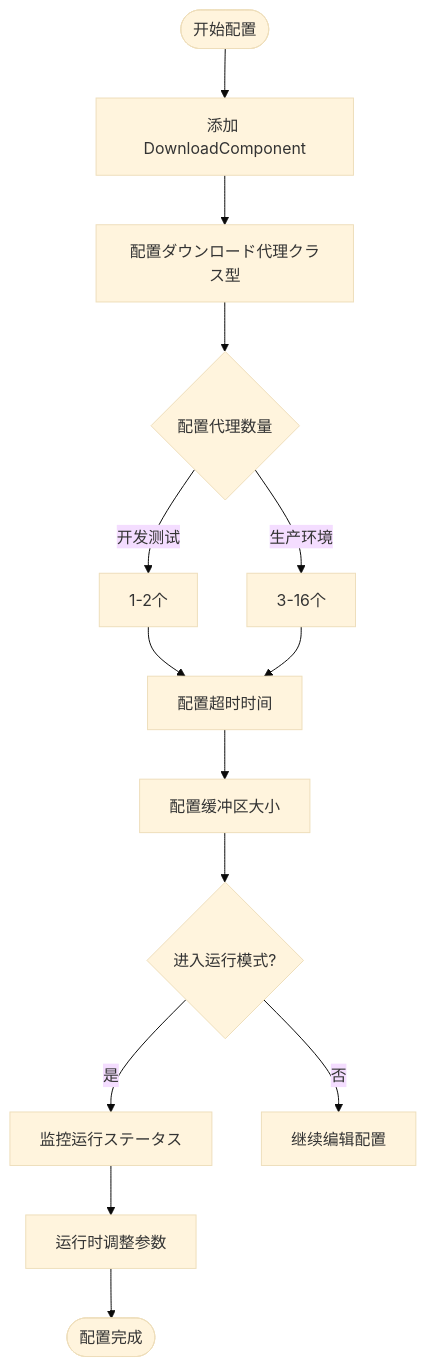
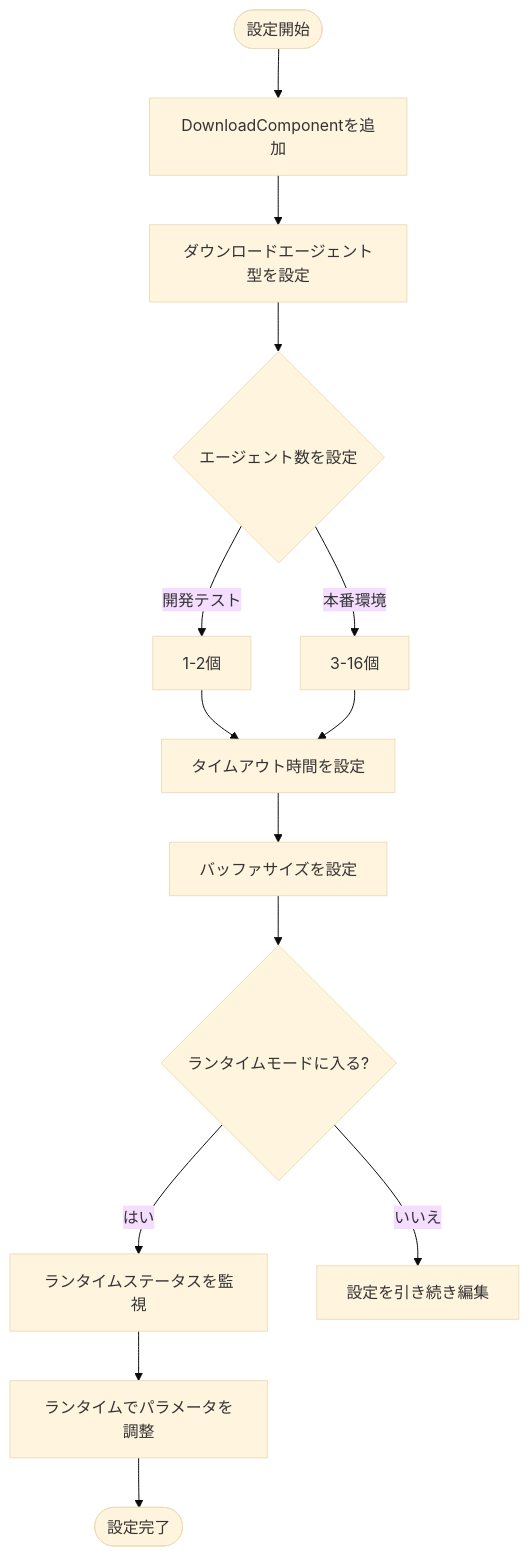
One commit to AlianBlank/GameFrameX.Docs changed the second of 2 diagrams in docs/ja/client/unity/component/download/07.editor-configuration.md. Above: the diagram before and after it, drawn with Mermaid (base theme). The commit also changed other lines of this file and 320 other files, not shown here.

````diff
--- a/docs/ja/client/unity/component/download/07.editor-configuration.md
+++ b/docs/ja/client/unity/component/download/07.editor-configuration.md
@@ -282,16 +282,16 @@
 ```mermaid
 flowchart TD
-    Start([开始配置]) --> AddComponent[添加 DownloadComponent]
-    AddComponent --> ConfigAgent[配置ダウンロード代理クラス型]
-    ConfigAgent --> ConfigCount{配置代理数量}
-    ConfigCount -->|开发测试| Low[1-2个]
-    ConfigCount -->|生产环境| High[3-16个]
-    Low --> ConfigTimeout[配置超时时间]
+    Start([設定開始]) --> AddComponent[DownloadComponentを追加]
+    AddComponent --> ConfigAgent[ダウンロードエージェント型を設定]
+    ConfigAgent --> ConfigCount{エージェント数を設定}
+    ConfigCount -->|開発テスト| Low[1-2個]
+    ConfigCount -->|本番環境| High[3-16個]
+    Low --> ConfigTimeout[タイムアウト時間を設定]
     High --> ConfigTimeout
-    ConfigTimeout --> ConfigFlush[配置缓冲区大小]
-    ConfigFlush --> PlayMode{进入运行模式?}
-    PlayMode -->|是| Monitor[监控运行ステータス]
-    PlayMode -->|否| EditMode[继续编辑配置]
-    Monitor --> Adjust[运行时调整参数]
-    Adjust --> Complete([配置完成])
+    ConfigTimeout --> ConfigFlush[バッファサイズを設定]
+    ConfigFlush --> PlayMode{ランタイムモードに入る?}
+    PlayMode -->|はい| Monitor[ランタイムステータスを監視]
+    PlayMode -->|いいえ| EditMode[設定を引き続き編集]
+    Monitor --> Adjust[ランタイムでパラメータを調整]
+    Adjust --> Complete([設定完了])
 ```
````
